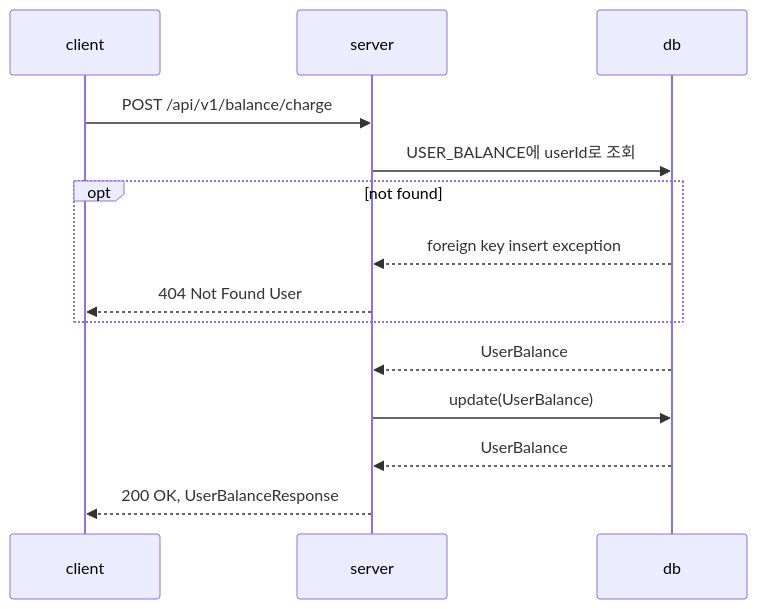
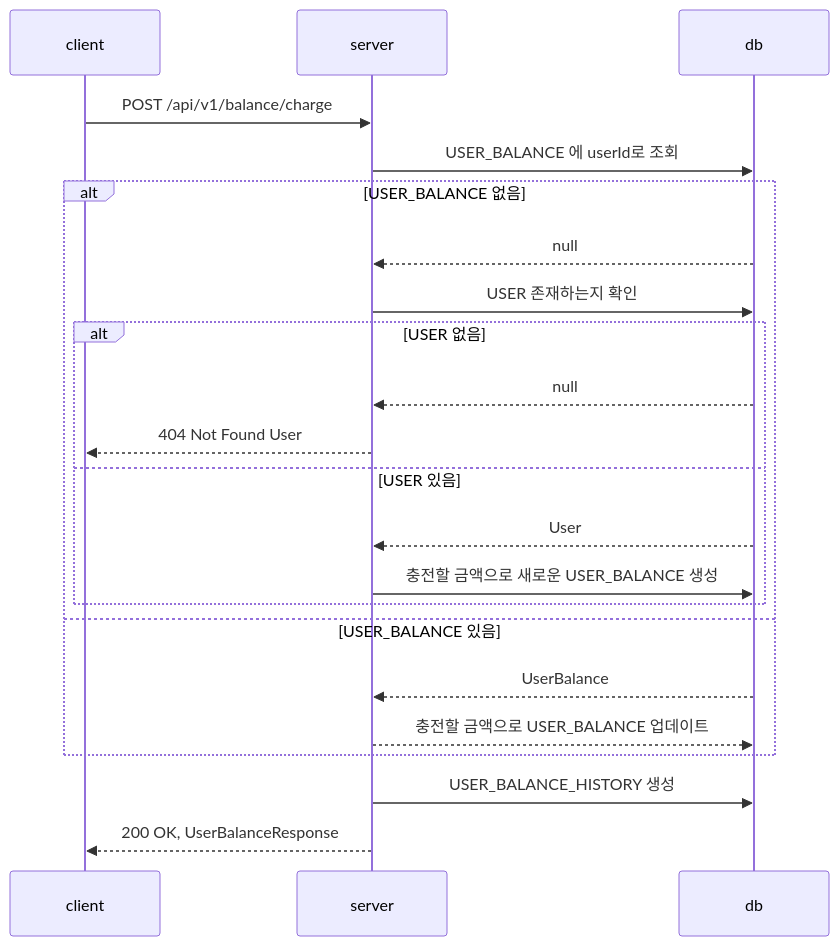
Before and after one commit to newbieJanghan/hh_plus_server: the third of 4 diagrams in docs/api/balance.md, drawn with Mermaid. The commit also changed other lines of this file, not shown here.

Commit message:
Docs: Balance API / diagram 수정

````diff
--- a/docs/api/balance.md
+++ b/docs/api/balance.md
@@ -127,16 +147,24 @@
 ```mermaid
 sequenceDiagram
     participant client
     participant server
     participant db
     client ->> server: POST /api/v1/balance/charge
-    server ->> db: USER_BALANCE에 userId로 조회
-    opt not found
-        db -->> server: foreign key insert exception
-        server -->> client: 404 Not Found User
+    server ->> db: USER_BALANCE 에 userId로 조회
+    alt USER_BALANCE 없음
+        db -->> server: null
+        server ->> db: USER 존재하는지 확인
+        alt USER 없음
+            db -->> server: null
+            server -->> client: 404 Not Found User
+        else USER 있음
+            db -->> server: User
+            server ->> db: 충전할 금액으로 새로운 USER_BALANCE 생성
+        end
+    else USER_BALANCE 있음
+        db -->> server: UserBalance
+        server -->> db: 충전할 금액으로 USER_BALANCE 업데이트
     end
-    db -->> server: UserBalance
-    server ->> db: update(UserBalance)
-    db -->> server: UserBalance
+    server ->> db: USER_BALANCE_HISTORY 생성
     server -->> client: 200 OK, UserBalanceResponse
 ```
````
